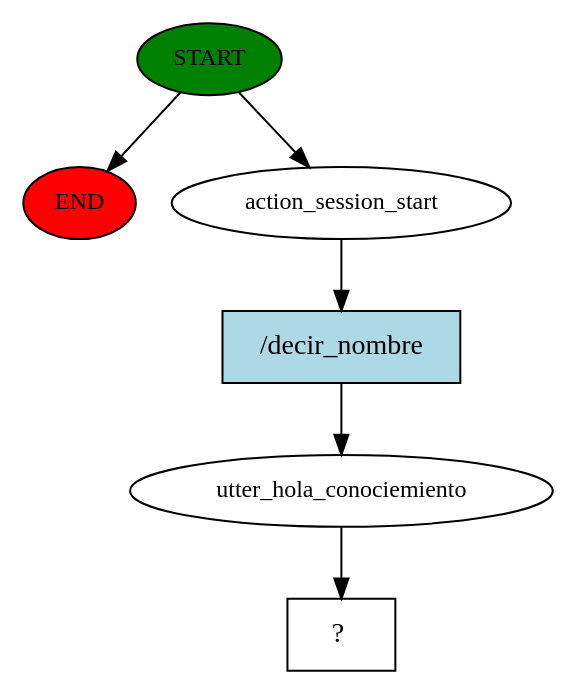
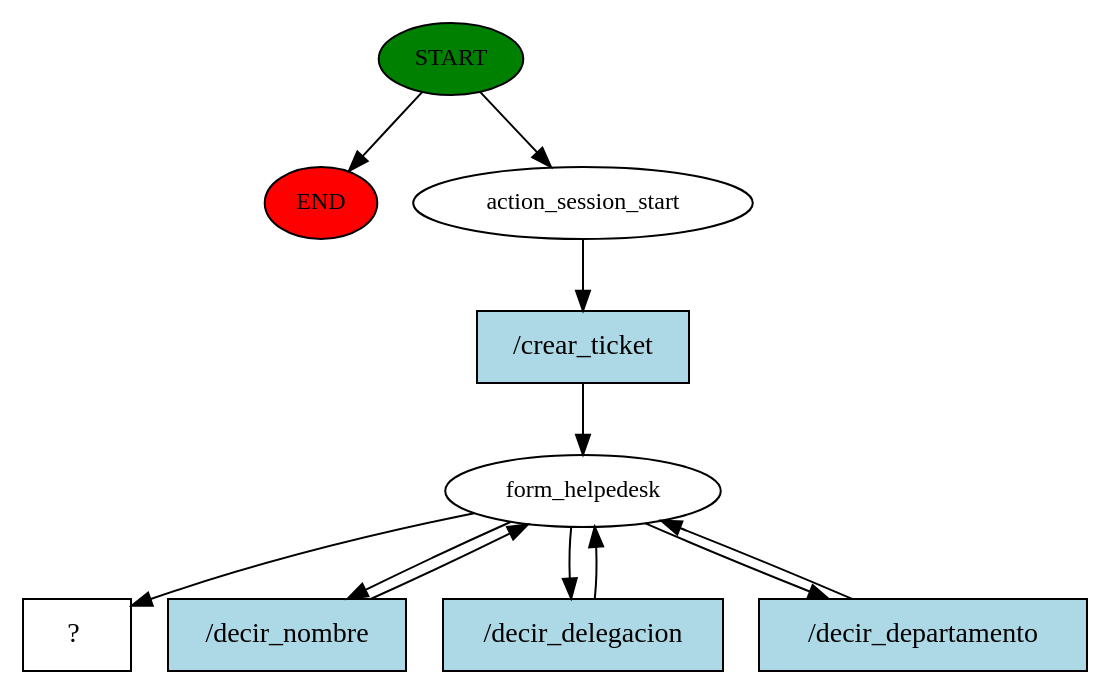
One commit to IgnacioJGE/Trabajo-Fin-de-Grado changed the diagram in backend/story_graph.dot. Above: the diagram before and after it, drawn with Graphviz. The commit also changed 77 other files, not shown here.

```diff
--- a/backend/story_graph.dot
+++ b/backend/story_graph.dot
@@ -1,13 +1,22 @@
 digraph  {
 0 [class="start active", fillcolor=green, fontsize=12, label=START, style=filled];
 "-1" [class=end, fillcolor=red, fontsize=12, label=END, style=filled];
 1 [class=active, fontsize=12, label=action_session_start];
-2 [class=active, fontsize=12, label=utter_hola_conociemiento];
-3 [class="intent dashed active", label="  ?  ", shape=rect];
-4 [class="intent active", fillcolor=lightblue, label="/decir_nombre", shape=rect, style=filled];
+2 [class=active, fontsize=12, label=form_helpedesk];
+6 [class="intent dashed active", label="  ?  ", shape=rect];
+7 [class="intent active", fillcolor=lightblue, label="/crear_ticket", shape=rect, style=filled];
+8 [class="intent active", fillcolor=lightblue, label="/decir_nombre", shape=rect, style=filled];
+9 [class="intent active", fillcolor=lightblue, label="/decir_delegacion", shape=rect, style=filled];
+10 [class="intent active", fillcolor=lightblue, label="/decir_departamento", shape=rect, style=filled];
 0 -> "-1"  [class="", key=NONE, label=""];
 0 -> 1  [class=active, key=NONE, label=""];
-1 -> 4  [class=active, key=0];
-2 -> 3  [class=active, key=NONE, label=""];
-4 -> 2  [class=active, key=0];
+1 -> 7  [class=active, key=0];
+2 -> 6  [class=active, key=NONE, label=""];
+2 -> 8  [class=active, key=0];
+2 -> 9  [class=active, key=0];
+2 -> 10  [class=active, key=0];
+7 -> 2  [class=active, key=0];
+8 -> 2  [class=active, key=0];
+9 -> 2  [class=active, key=0];
+10 -> 2  [class=active, key=0];
 }
```
